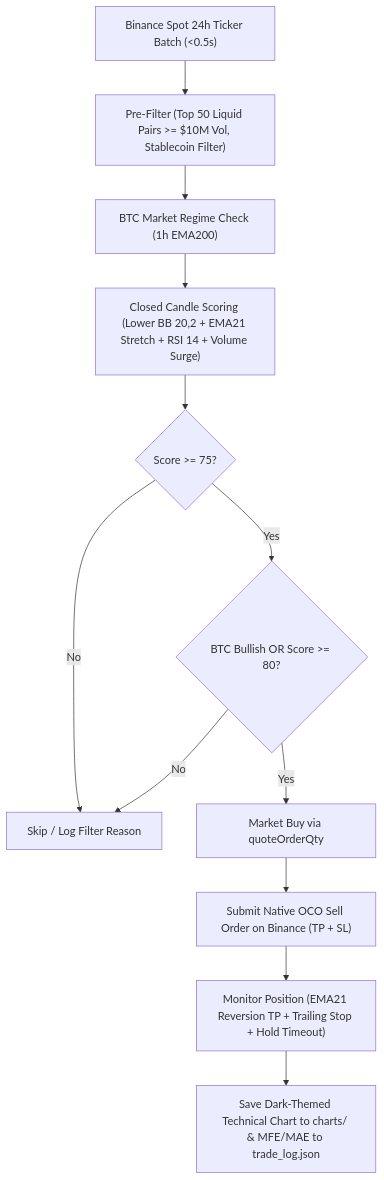
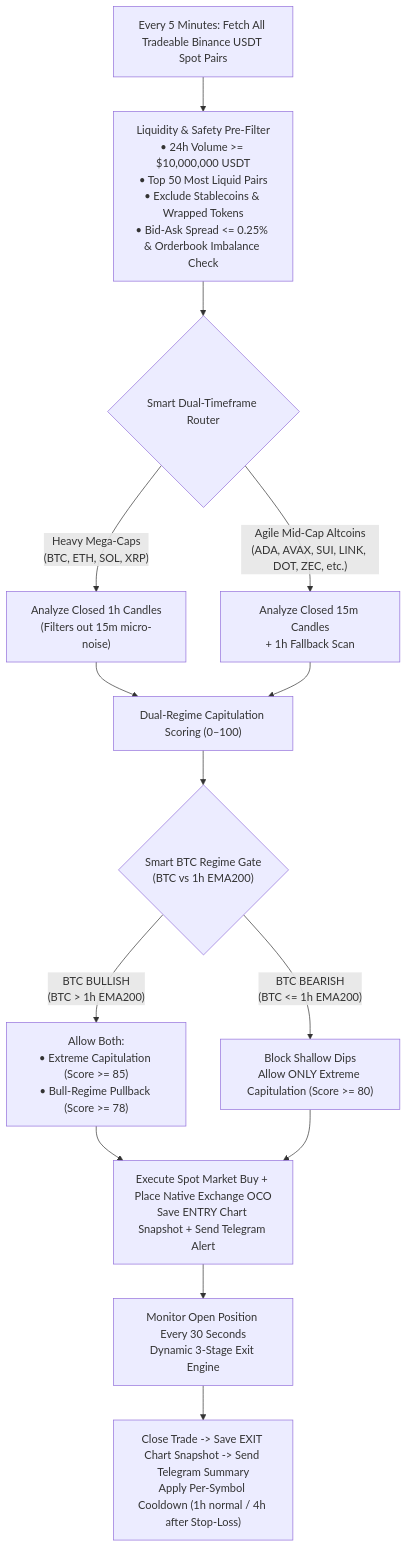
One commit to lrk37/CryptoBot changed the diagram in README.md. Above: the diagram before and after it, drawn with Mermaid. The commit also changed other lines of this file and 10 other files, not shown here.

Commit message:
Remove unused legacy files and update README.md with complete architecture and operation guide

````diff
--- a/README.md
+++ b/README.md
@@ -21,14 +9,16 @@
 ```mermaid
 flowchart TD
-    A["Binance Spot 24h Ticker Batch (<0.5s)"] --> B["Pre-Filter (Top 50 Liquid Pairs >= $10M Vol, Stablecoin Filter)"]
-    B --> C["BTC Market Regime Check (1h EMA200)"]
-    C --> D["Closed Candle Scoring (Lower BB 20,2 + EMA21 Stretch + RSI 14 + Volume Surge)"]
-    D --> E{"Score >= 75?"}
-    E -- No --> F["Skip / Log Filter Reason"]
-    E -- Yes --> G{"BTC Bullish OR Score >= 80?"}
-    G -- No --> F
-    G -- Yes --> H["Market Buy via quoteOrderQty"]
-    H --> I["Submit Native OCO Sell Order on Binance (TP + SL)"]
-    I --> J["Monitor Position (EMA21 Reversion TP + Trailing Stop + Hold Timeout)"]
-    J --> K["Save Dark-Themed Technical Chart to charts/ & MFE/MAE to trade_log.json"]
+    A["Every 5 Minutes: Fetch All Tradeable Binance USDT Spot Pairs"] --> B["Liquidity & Safety Pre-Filter\n• 24h Volume >= $10,000,000 USDT\n• Top 50 Most Liquid Pairs\n• Exclude Stablecoins & Wrapped Tokens\n• Bid-Ask Spread <= 0.25% & Orderbook Imbalance Check"]
+    B --> C{"Smart Dual-Timeframe Router"}
+    C -->|"Heavy Mega-Caps\n(BTC, ETH, SOL, XRP)"| D["Analyze Closed 1h Candles\n(Filters out 15m micro-noise)"]
+    C -->|"Agile Mid-Cap Altcoins\n(ADA, AVAX, SUI, LINK, DOT, ZEC, etc.)"| E["Analyze Closed 15m Candles\n+ 1h Fallback Scan"]
+    D --> F["Dual-Regime Capitulation Scoring (0–100)"]
+    E --> F
+    F --> G{"Smart BTC Regime Gate\n(BTC vs 1h EMA200)"}
+    G -->|"BTC BULLISH\n(BTC > 1h EMA200)"| H["Allow Both:\n• Extreme Capitulation (Score >= 85)\n• Bull-Regime Pullback (Score >= 78)"]
+    G -->|"BTC BEARISH\n(BTC <= 1h EMA200)"| I["Block Shallow Dips\nAllow ONLY Extreme Capitulation (Score >= 80)"]
+    H --> J["Execute Spot Market Buy + Place Native Exchange OCO\nSave ENTRY Chart Snapshot + Send Telegram Alert"]
+    I --> J
+    J --> K["Monitor Open Position Every 30 Seconds\nDynamic 3-Stage Exit Engine"]
+    K --> L["Close Trade -> Save EXIT Chart Snapshot -> Send Telegram Summary\nApply Per-Symbol Cooldown (1h normal / 4h after Stop-Loss)"]
 ```
````
